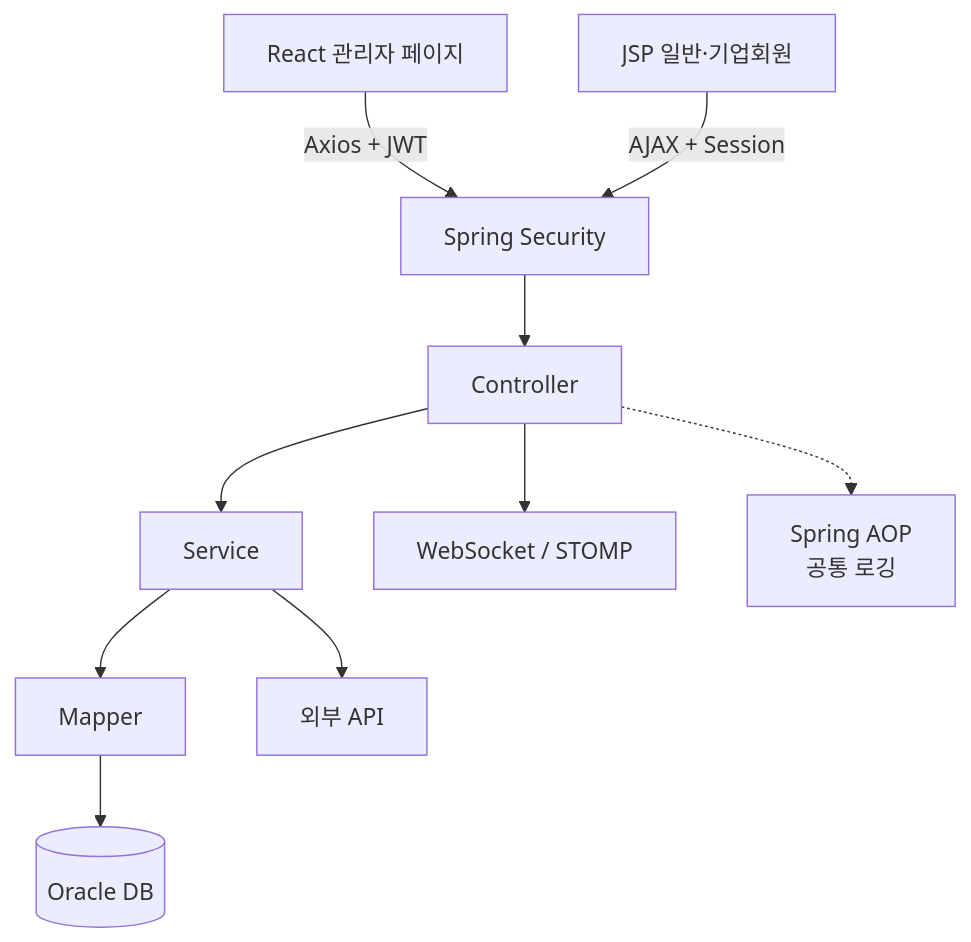
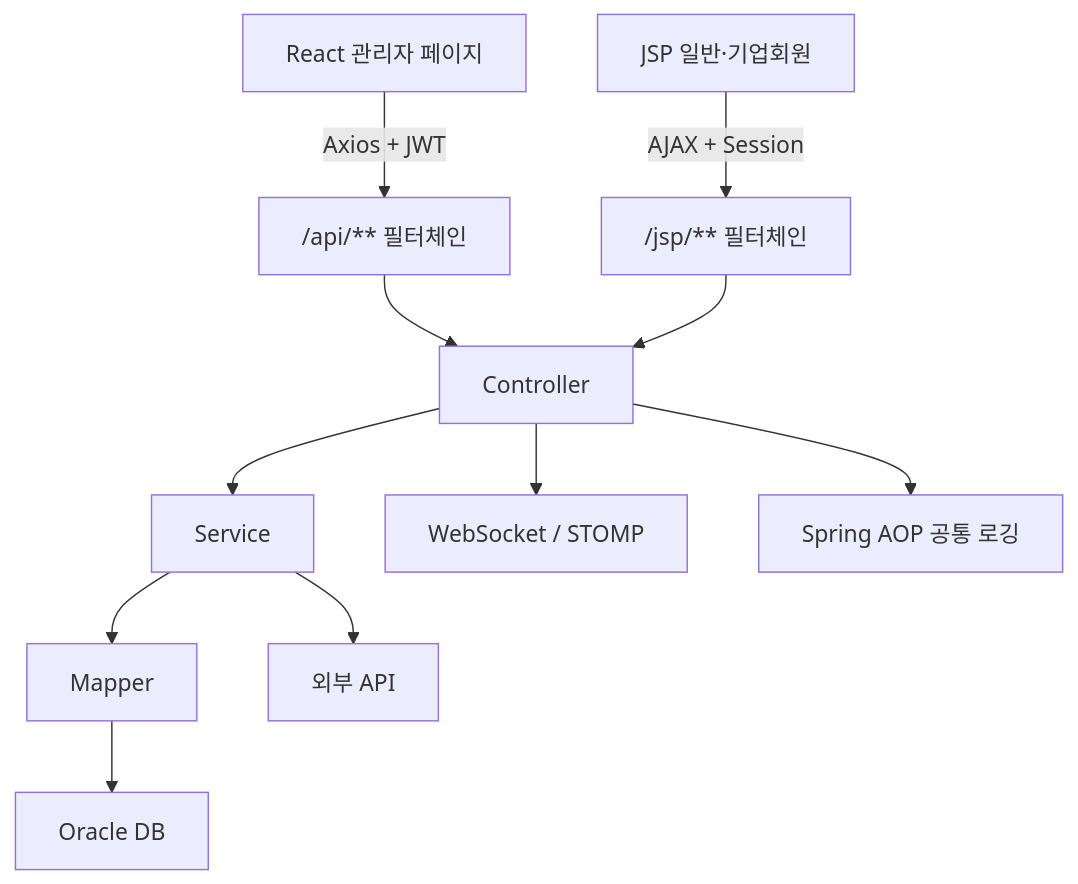
Before and after one commit to dongkun8130/MohaengProject: the diagram in README.md, drawn with Mermaid.

````diff
--- a/README.md
+++ b/README.md
@@ -109,14 +109,13 @@
 ```mermaid
 flowchart TD
-    A[React 관리자 페이지] -->|Axios + JWT| C[Spring Security]
-    B[JSP 일반·기업회원] -->|AJAX + Session| C
-
-    C --> D[Controller]
-    D --> E[Service]
-    E --> F[Mapper]
-    F --> G[(Oracle DB)]
-
-    E --> H[외부 API]
-    D --> I[WebSocket / STOMP]
-    D -.-> J[Spring AOP<br/>공통 로깅]
+    A[React 관리자 페이지] -->|Axios + JWT| C["/api/** 필터체인"]
+    B[JSP 일반·기업회원] -->|AJAX + Session| D["/jsp/** 필터체인"]
+    C --> E[Controller]
+    D --> E
+    E --> F[Service]
+    F --> G[Mapper]
+    G --> H[Oracle DB]
+    F --> I[외부 API]
+    E --> J[WebSocket / STOMP]
+    E --> K[Spring AOP 공통 로깅]
 ```
````
